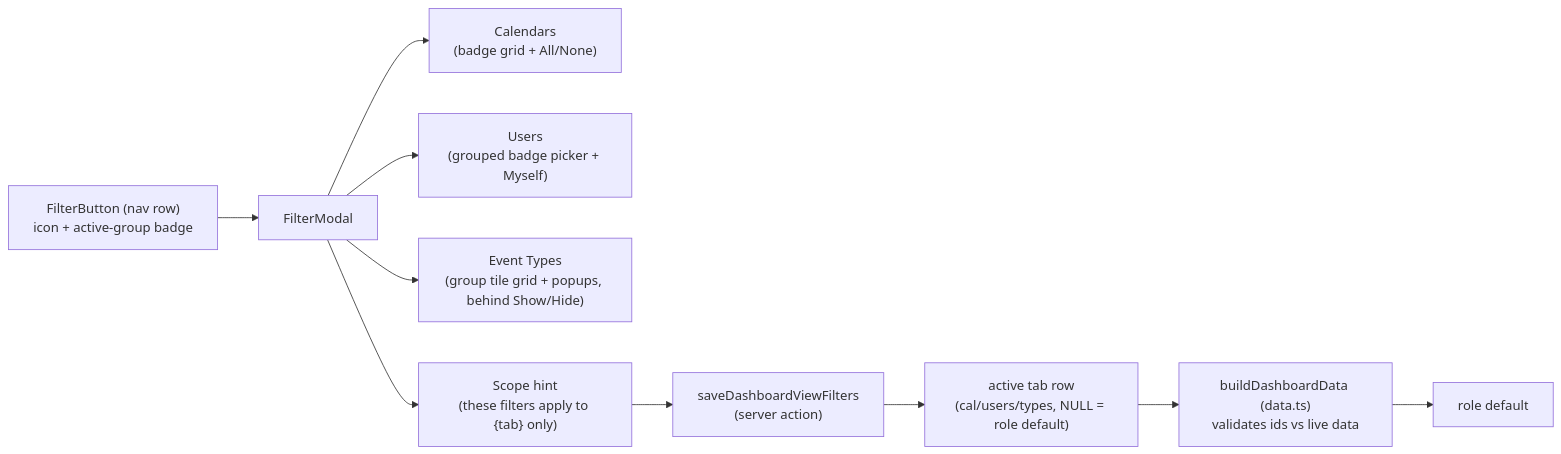
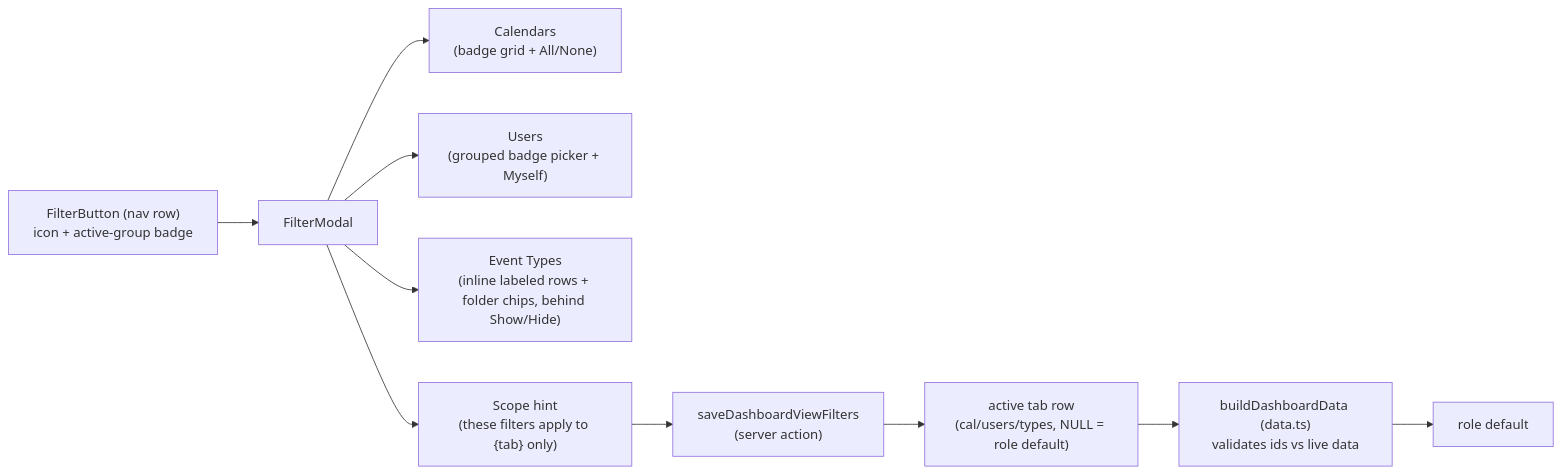
One commit to oncloudnintynineone-source/cloudy2 changed the second of 9 diagrams in docs/dashboard-views.md. Above: the diagram before and after it, drawn with Mermaid. The commit also changed other lines of this file and 9 other files, not shown here.

Commit message:
feat: show non-folder event type groups inline as labeled rows

````diff
--- a/docs/dashboard-views.md
+++ b/docs/dashboard-views.md
@@ -522,12 +522,12 @@
 ```mermaid
 flowchart LR
  FB["FilterButton (nav row)<br/>icon + active-group badge"] --> FM["FilterModal"]
  FM --> CAL["Calendars<br/>(badge grid + All/None)"]
  FM --> US["Users<br/>(grouped badge picker + Myself)"]
- FM --> ET["Event Types<br/>(group tile grid + popups, behind Show/Hide)"]
+ FM --> ET["Event Types<br/>(inline labeled rows + folder chips, behind Show/Hide)"]
  FM --> HINT["Scope hint<br/>(these filters apply to {tab} only)"]
  HINT --> APPLY["saveDashboardViewFilters<br/>(server action)"]
  APPLY --> ROW["active tab row<br/>(cal/users/types, NULL = role default)"]
  ROW --> RESOLVE["buildDashboardData (data.ts)<br/>validates ids vs live data"]
  RESOLVE --> DEF["role default"]
 ```
````
